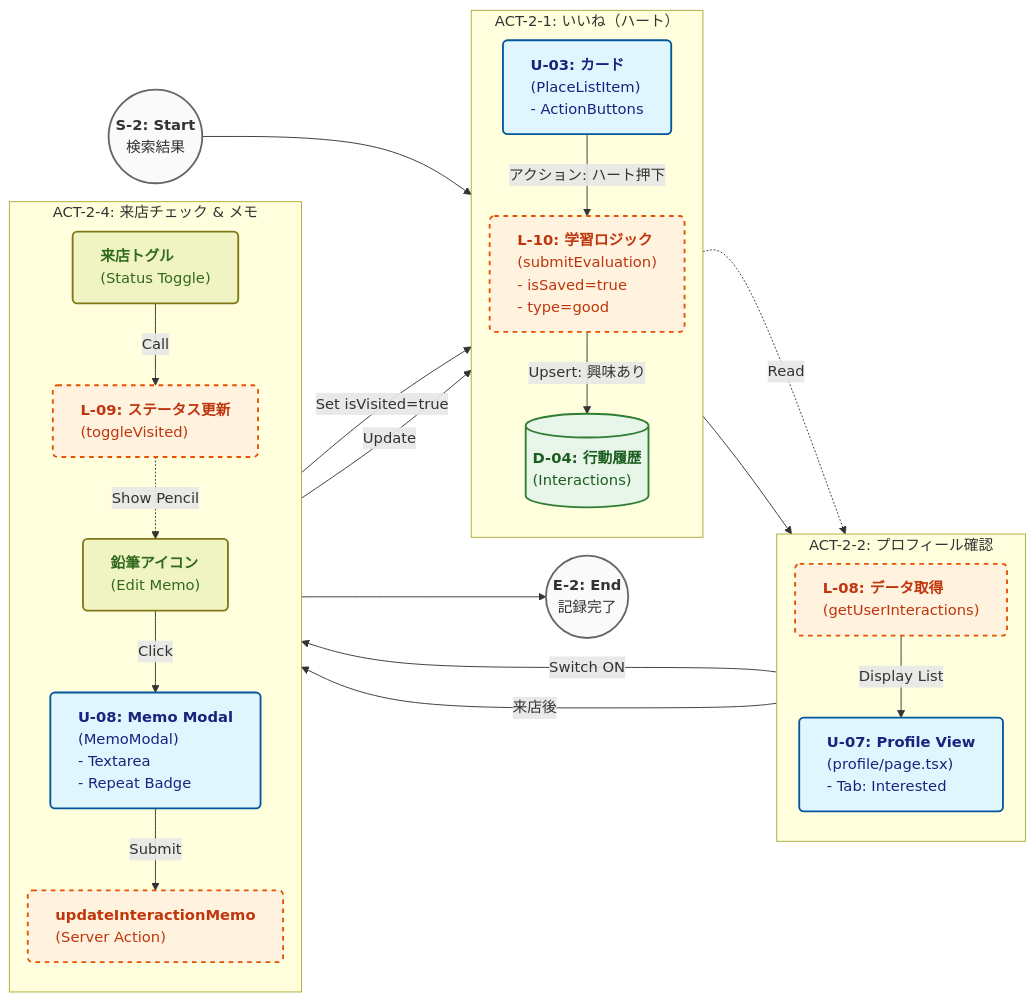
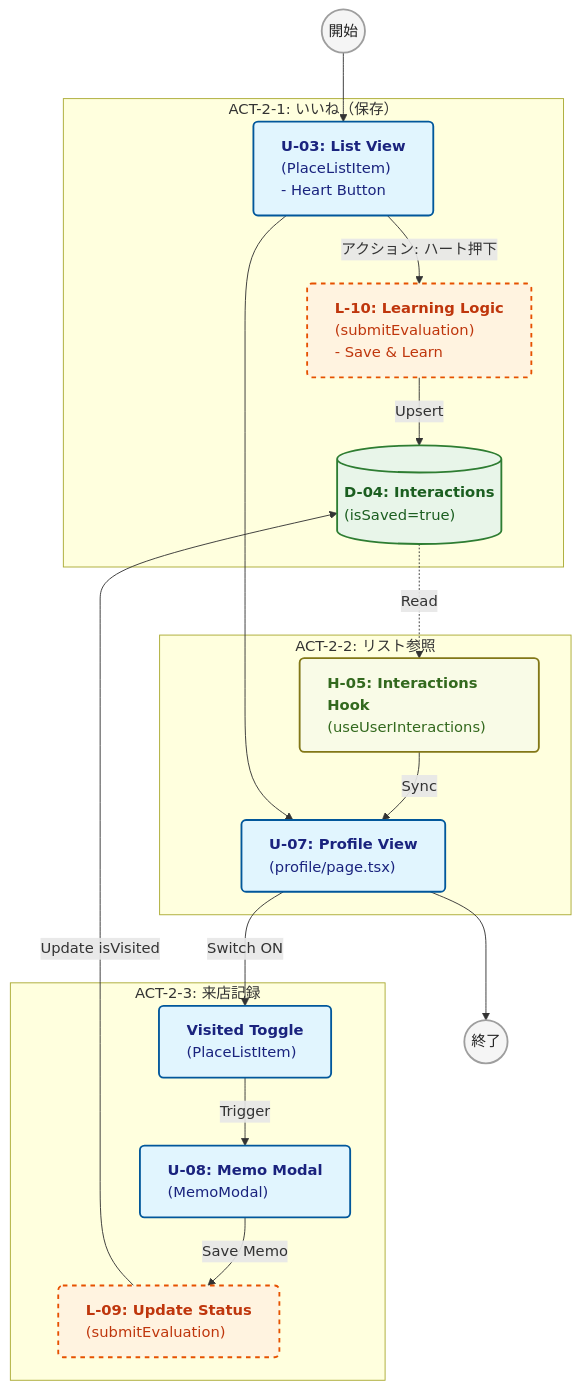
The second of 14 diagrams in docs/仕様書.md (plplbody/googlemap-reviews-AIanalyzer), drawn with Mermaid before and after one commit. The commit also changed other lines of this file and 25 other files, not shown here.

````diff
--- a/docs/仕様書.md
+++ b/docs/仕様書.md
@@ -367,57 +393,44 @@
 ```mermaid
-%%{init: {'flowchart': {'useMaxWidth': false, 'rankSpacing': 40, 'nodeSpacing': 20}}}%%
-flowchart LR
-    %% Definitions
+flowchart TD
+    %% Define Classes
     classDef ui fill:#e1f5fe,stroke:#01579b,stroke-width:2px,rx:5,ry:5,color:#1a237e,text-align:left
-    classDef comp fill:#f0f4c3,stroke:#827717,stroke-width:2px,rx:5,ry:5,color:#33691e,text-align:left
+    classDef comp fill:#f9fbe7,stroke:#827717,stroke-width:2px,rx:5,ry:5,color:#33691e,text-align:left
     classDef logic fill:#fff3e0,stroke:#e65100,stroke-width:2px,stroke-dasharray: 5 5,rx:5,ry:5,color:#bf360c,text-align:left
     classDef db fill:#e8f5e9,stroke:#2e7d32,stroke-width:2px,rx:0,ry:0,color:#1b5e20,text-align:left
-    classDef startend fill:#fafafa,stroke:#666,stroke-width:2px,rx:20,ry:20,color:#333
+    classDef startend fill:#f5f5f5,stroke:#9e9e9e,stroke-width:2px,rx:50,ry:50,color:#212121
 
-    %% Start/End
-    S2_Start(("<b>S-2: Start</b><br/>検索結果")):::startend
-    S2_End(("<b>E-2: End</b><br/>記録完了")):::startend
+    S2_Start((開始)):::startend
+    S2_End((終了)):::startend
 
-    subgraph ACT_2_1 ["ACT-2-1: いいね（ハート）"]
-        direction TB
-        U_Card["<b>U-03: カード</b><br/>(PlaceListItem)<br/>- ActionButtons"]:::ui
-        L_Eval["<b>L-10: 学習ロジック</b><br/>(submitEvaluation)<br/>- isSaved=true<br/>- type=good"]:::logic
-        D_04_S2[("<b>D-04: 行動履歴</b><br/>(Interactions)")]:::db
+    subgraph ACT_2_1 ["ACT-2-1: いいね（保存）"]
+        U_03["<b>U-03: List View</b><br/>(PlaceListItem)<br/>- Heart Button"]:::ui
+        L_10["<b>L-10: Learning Logic</b><br/>(submitEvaluation)<br/>- Save & Learn"]:::logic
+        D_04[("<b>D-04: Interactions</b><br/>(isSaved=true)")]:::db
         
-        U_Card -- "アクション: ハート押下" --> L_Eval
-        L_Eval -- "Upsert: 興味あり" --> D_04_S2
+        U_03 -- "アクション: ハート押下" --> L_10
+        L_10 -- "Upsert" --> D_04
     end
 
-    subgraph ACT_2_2 ["ACT-2-2: プロフィール確認"]
-        direction TB
-        U_Profile["<b>U-07: Profile View</b><br/>(profile/page.tsx)<br/>- Tab: Interested"]:::ui
-        L_Fetch["<b>L-08: データ取得</b><br/>(getUserInteractions)"]:::logic
+    subgraph ACT_2_2 ["ACT-2-2: リスト参照"]
+        U_07["<b>U-07: Profile View</b><br/>(profile/page.tsx)"]:::ui
+        H_05["<b>H-05: Interactions Hook</b><br/>(useUserInteractions)"]:::comp
         
-        D_04_S2 -. "Read" .-> L_Fetch
-        L_Fetch -- "Display List" --> U_Profile
+        D_04 -. "Read" .-> H_05
+        H_05 -- "Sync" --> U_07
     end
 
-    subgraph ACT_2_4 ["ACT-2-4: 来店チェック & メモ"]
-        direction TB
-        C_Toggle["<b>来店トグル</b><br/>(Status Toggle)"]:::comp
-        C_Pencil["<b>鉛筆アイコン</b><br/>(Edit Memo)"]:::comp
-        U_Memo["<b>U-08: Memo Modal</b><br/>(MemoModal)<br/>- Textarea<br/>- Repeat Badge"]:::ui
+    subgraph ACT_2_3 ["ACT-2-3: 来店記録"]
+        U_07_Toggle["<b>Visited Toggle</b><br/>(PlaceListItem)"]:::ui
+        U_08["<b>U-08: Memo Modal</b><br/>(MemoModal)"]:::ui
+        L_09["<b>L-09: Update Status</b><br/>(submitEvaluation)"]:::logic
         
-        L_Status["<b>L-09: ステータス更新</b><br/>(toggleVisited)"]:::logic
-        L_Memo["<b>updateInteractionMemo</b><br/>(Server Action)"]:::logic
-        
-        U_Profile -- "Switch ON" --> C_Toggle
-        C_Toggle -- "Call" --> L_Status
-        L_Status -- "Set isVisited=true" --> D_04_S2
-        
-        L_Status -. "Show Pencil" .-> C_Pencil
-        C_Pencil -- "Click" --> U_Memo
-        U_Memo -- "Submit" --> L_Memo
-        L_Memo -- "Update" --> D_04_S2
+        U_07 -- "Switch ON" --> U_07_Toggle
+        U_07_Toggle -- "Trigger" --> U_08
+        U_08 -- "Save Memo" --> L_09
+        L_09 -- "Update isVisited" --> D_04
     end
 
-    S2_Start --> ACT_2_1
-    ACT_2_1 --> ACT_2_2
-    ACT_2_2 -- "来店後" --> ACT_2_4
-    ACT_2_4 --> S2_End
+    S2_Start --> U_03
+    U_03 --> U_07
+    U_07 --> S2_End
 ```
````
